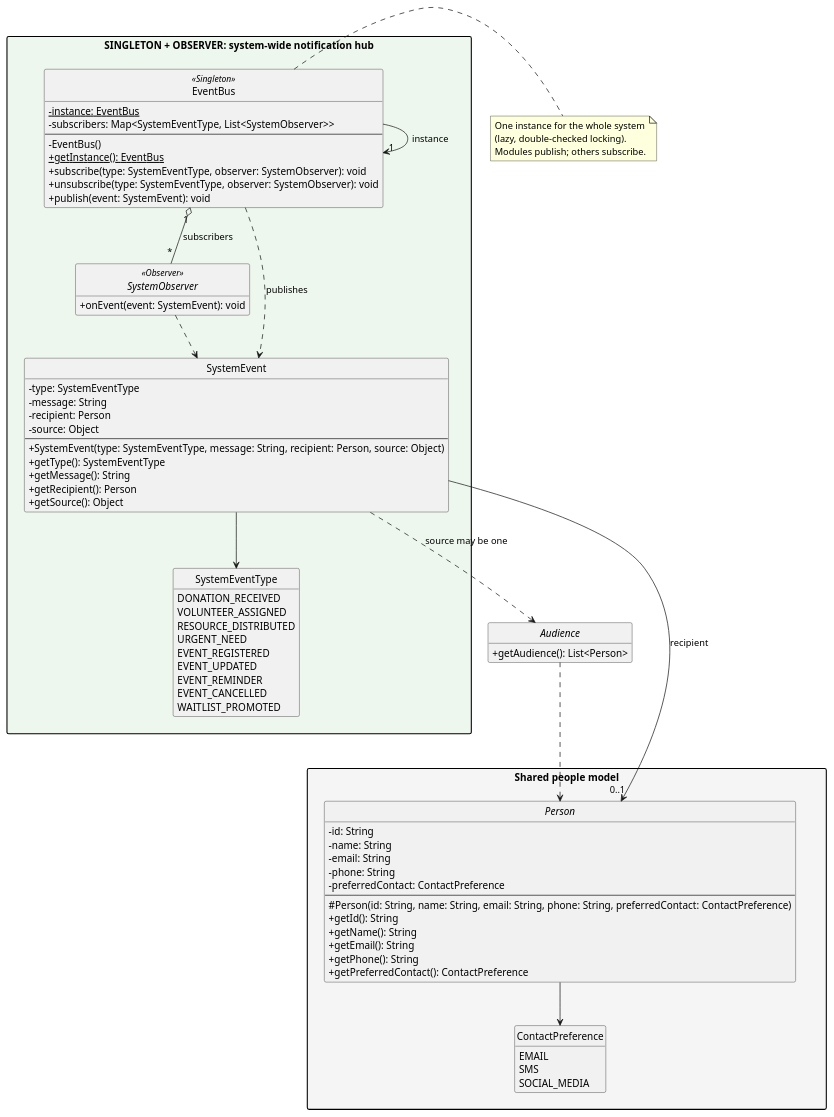
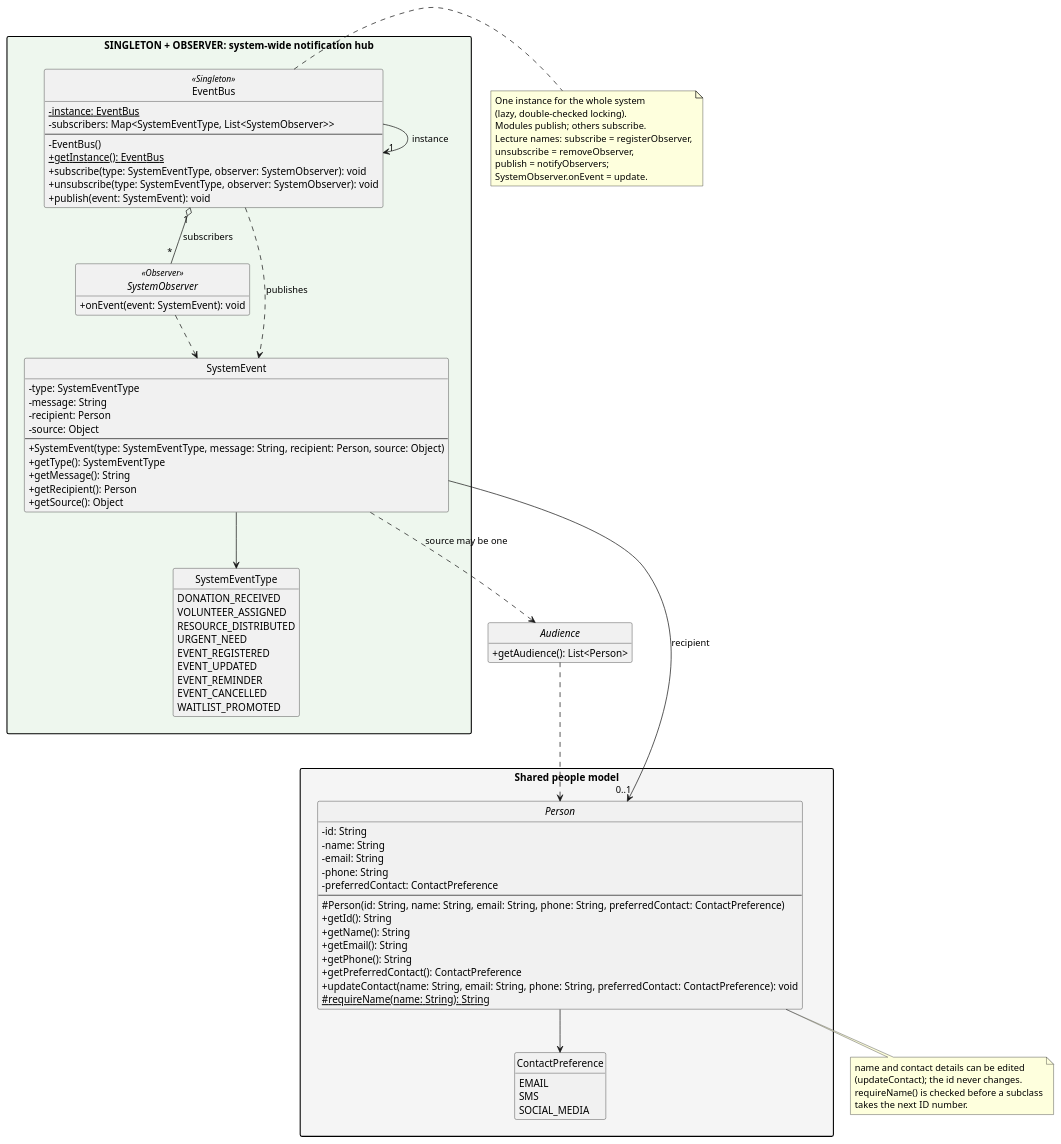
The diagram in output/core.puml (Michael-Maged/Design-Patterns), drawn with PlantUML before and after one commit. The commit also changed other lines of this file and 59 other files, not shown here.

```diff
--- a/output/core.puml
+++ b/output/core.puml
@@ -6,97 +4,110 @@
 @startuml core
 ' Shared core (Student 6): class diagram organised by design pattern.
-' Based on the UML generator's output, regrouped by hand; regenerating will overwrite it.
+' Based on the UML generator's output, regrouped and kept up to date by hand; regenerating will overwrite it.
 skinparam classAttributeIconSize 0
 skinparam packageStyle rectangle
 hide circle
 hide empty members
 top to bottom direction
 
 package "SINGLETON + OBSERVER: system-wide notification hub" as hub #EEF7EE {
   class EventBus <<Singleton>> {
     -{static} instance: EventBus
     -subscribers: Map<SystemEventType, List<SystemObserver>>
     --
     -EventBus()
     +{static} getInstance(): EventBus
     +subscribe(type: SystemEventType, observer: SystemObserver): void
     +unsubscribe(type: SystemEventType, observer: SystemObserver): void
     +publish(event: SystemEvent): void
   }
 
   interface SystemObserver <<Observer>> {
     +onEvent(event: SystemEvent): void
   }
 
   class SystemEvent {
     -type: SystemEventType
     -message: String
     -recipient: Person
     -source: Object
     --
     +SystemEvent(type: SystemEventType, message: String, recipient: Person, source: Object)
     +getType(): SystemEventType
     +getMessage(): String
     +getRecipient(): Person
     +getSource(): Object
   }
 
   enum SystemEventType {
     DONATION_RECEIVED
     VOLUNTEER_ASSIGNED
     RESOURCE_DISTRIBUTED
     URGENT_NEED
     EVENT_REGISTERED
     EVENT_UPDATED
     EVENT_REMINDER
     EVENT_CANCELLED
     WAITLIST_PROMOTED
   }
 }
 
 package "Shared people model" as people #F5F5F5 {
   abstract class Person {
     -id: String
     -name: String
     -email: String
     -phone: String
     -preferredContact: ContactPreference
     --
     #Person(id: String, name: String, email: String, phone: String, preferredContact: ContactPreference)
     +getId(): String
     +getName(): String
     +getEmail(): String
     +getPhone(): String
     +getPreferredContact(): ContactPreference
+    +updateContact(name: String, email: String, phone: String, preferredContact: ContactPreference): void
+    #{static} requireName(name: String): String
   }
 
   enum ContactPreference {
     EMAIL
     SMS
     SOCIAL_MEDIA
   }
 }
 
 interface Audience {
   +getAudience(): List<Person>
 }
 
 hub -[hidden]down- people
 
 Audience ..> Person
 SystemEvent ..> Audience : source may be one
 
 EventBus --> "1" EventBus : instance
 EventBus "1" o-- "*" SystemObserver : subscribers
 EventBus ..> SystemEvent : publishes
 SystemObserver ..> SystemEvent
 SystemEvent --> SystemEventType
 SystemEvent --> "0..1" Person : recipient
 Person --> ContactPreference
 
 note right of EventBus
   One instance for the whole system
   (lazy, double-checked locking).
   Modules publish; others subscribe.
+  Lecture names: subscribe = registerObserver,
+  unsubscribe = removeObserver,
+  publish = notifyObservers;
+  SystemObserver.onEvent = update.
+end note
+
+note bottom of Person
+  name and contact details can be edited
+  (updateContact); the id never changes.
+  requireName() is checked before a subclass
+  takes the next ID number.
 end note
 @enduml
```
